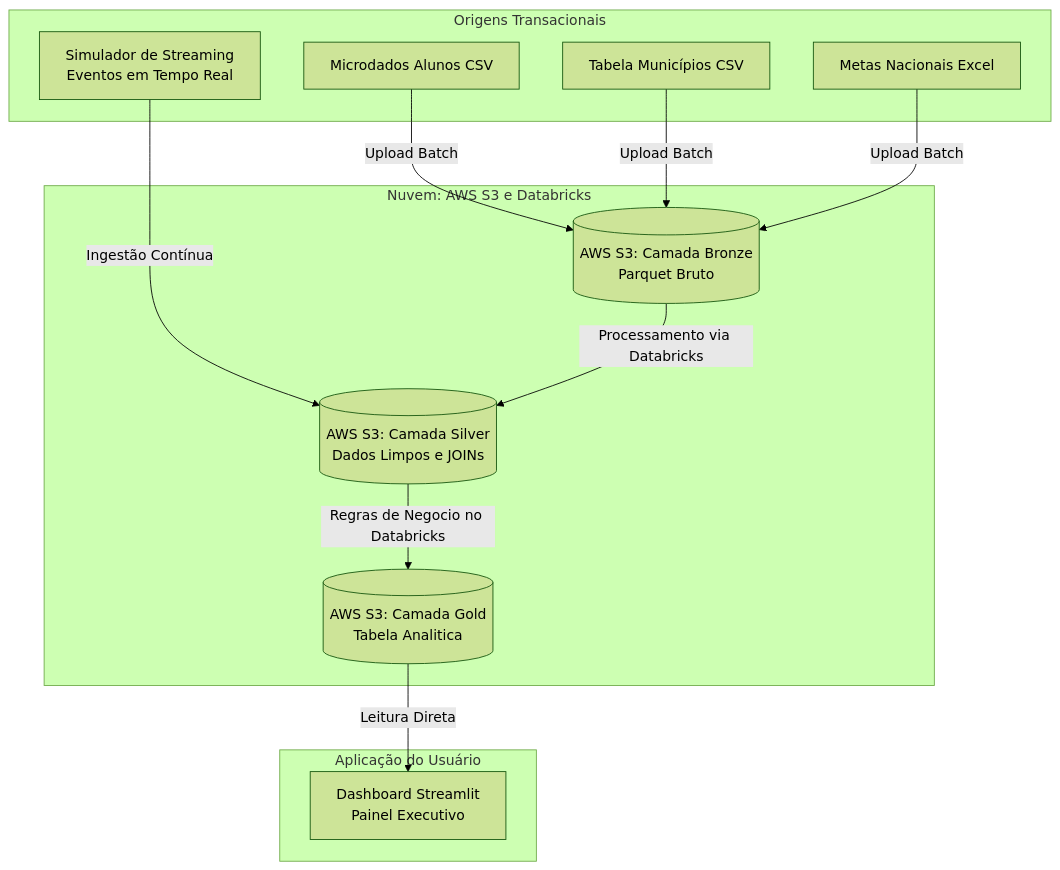
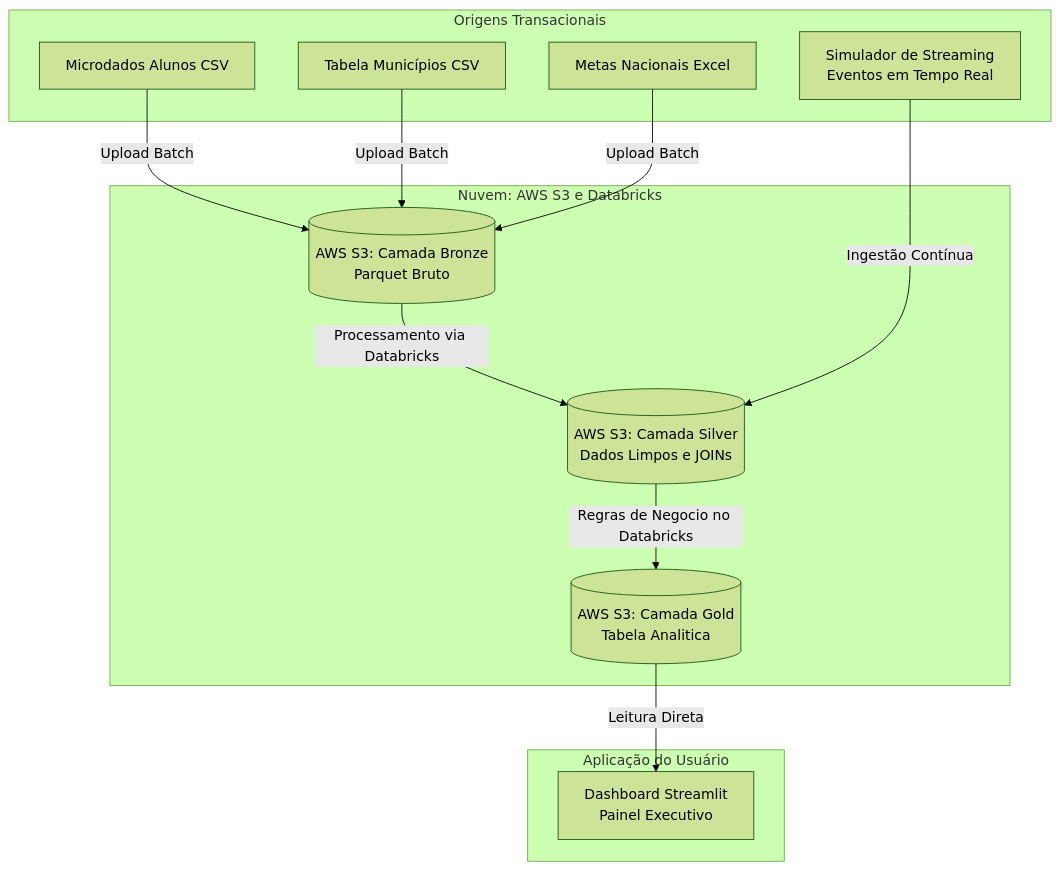
The diagram in README.md (LeonardoGMendoza/pipeline-hibrido-alfabetizacao-brasil), drawn with Mermaid (forest theme) before and after one commit.

Commit message:
docs: corrige renderizacao do mermaid e atualiza arquitetura

````diff
--- a/README.md
+++ b/README.md
@@ -24,29 +24,28 @@
 ```mermaid
 graph TD
-    subgraph Origens_Governamentais [Origens Transacionais]
-        A[Microdados Alunos CSV]
-        B[Tabela Municípios CSV]
-        C[Metas Nacionais Excel]
-        S[Simulador de Streaming<br>Eventos em Tempo Real]
+    subgraph Origens_Governamentais ["Origens Transacionais"]
+        A["Microdados Alunos CSV"]
+        B["Tabela Municípios CSV"]
+        C["Metas Nacionais Excel"]
+        S["Simulador de Streaming<br>Eventos em Tempo Real"]
     end
 
-    subgraph AWS_Databricks [Nuvem: AWS S3 e Databricks]
-        D[(AWS S3: Camada Bronze<br>Parquet Bruto)]
-        A -->|Upload Batch| D
-        B -->|Upload Batch| D
-        C -->|Upload Batch| D
+    subgraph AWS_Databricks ["Nuvem: AWS S3 e Databricks"]
+        D[("AWS S3: Camada Bronze<br>Parquet Bruto")]
+        A -->|"Upload Batch"| D
+        B -->|"Upload Batch"| D
+        C -->|"Upload Batch"| D
         
-        S -->|Ingestão Contínua| E
+        E[("AWS S3: Camada Silver<br>Dados Limpos e JOINs")]
+        D -->|"Processamento via Databricks"| E
+        S -->|"Ingestão Contínua"| E
         
-        E[(AWS S3: Camada Silver<br>Dados Limpos e JOINs)]
-        D -->|Processamento via Databricks| E
-        
-        F[(AWS S3: Camada Gold<br>Tabela Analitica)]
-        E -->|Regras de Negocio no Databricks| F
+        F[("AWS S3: Camada Gold<br>Tabela Analitica")]
+        E -->|"Regras de Negocio no Databricks"| F
     end
 
-    subgraph Frontend [Aplicação do Usuário]
-        H[Dashboard Streamlit<br>Painel Executivo]
-        F -->|Leitura Direta| H
+    subgraph Frontend ["Aplicação do Usuário"]
+        H["Dashboard Streamlit<br>Painel Executivo"]
+        F -->|"Leitura Direta"| H
     end
 ```
````
